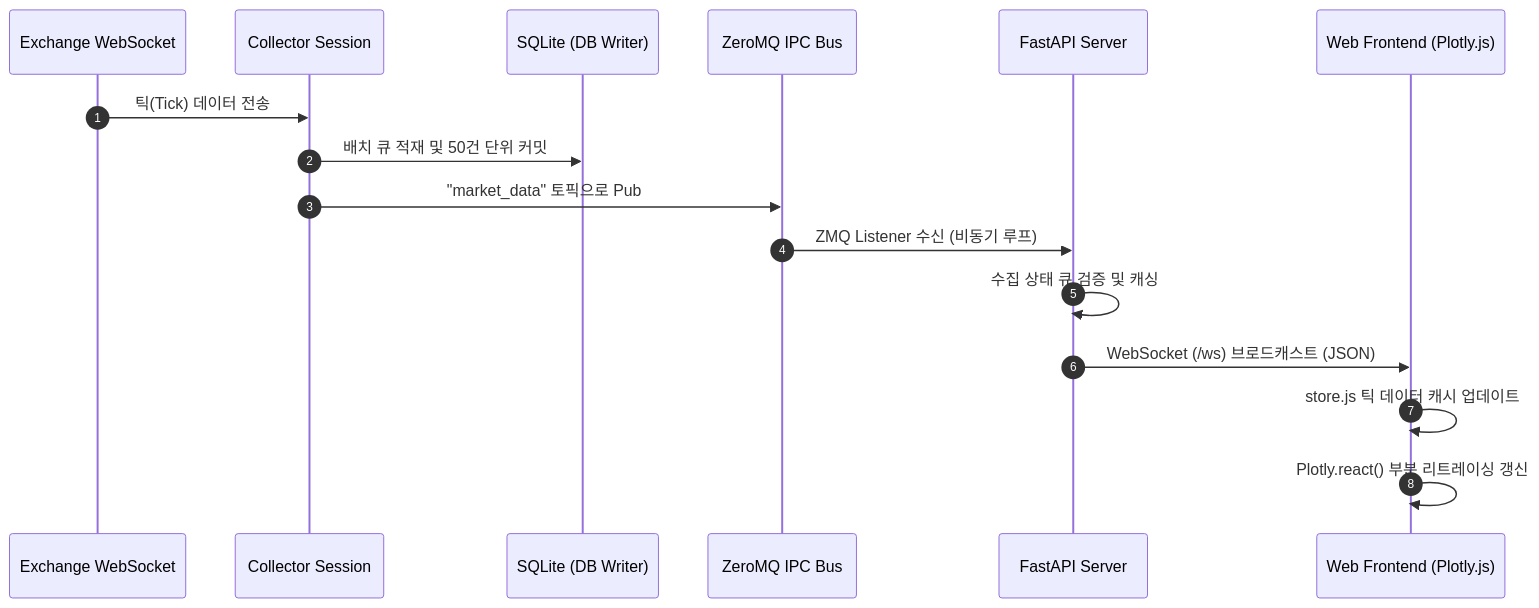
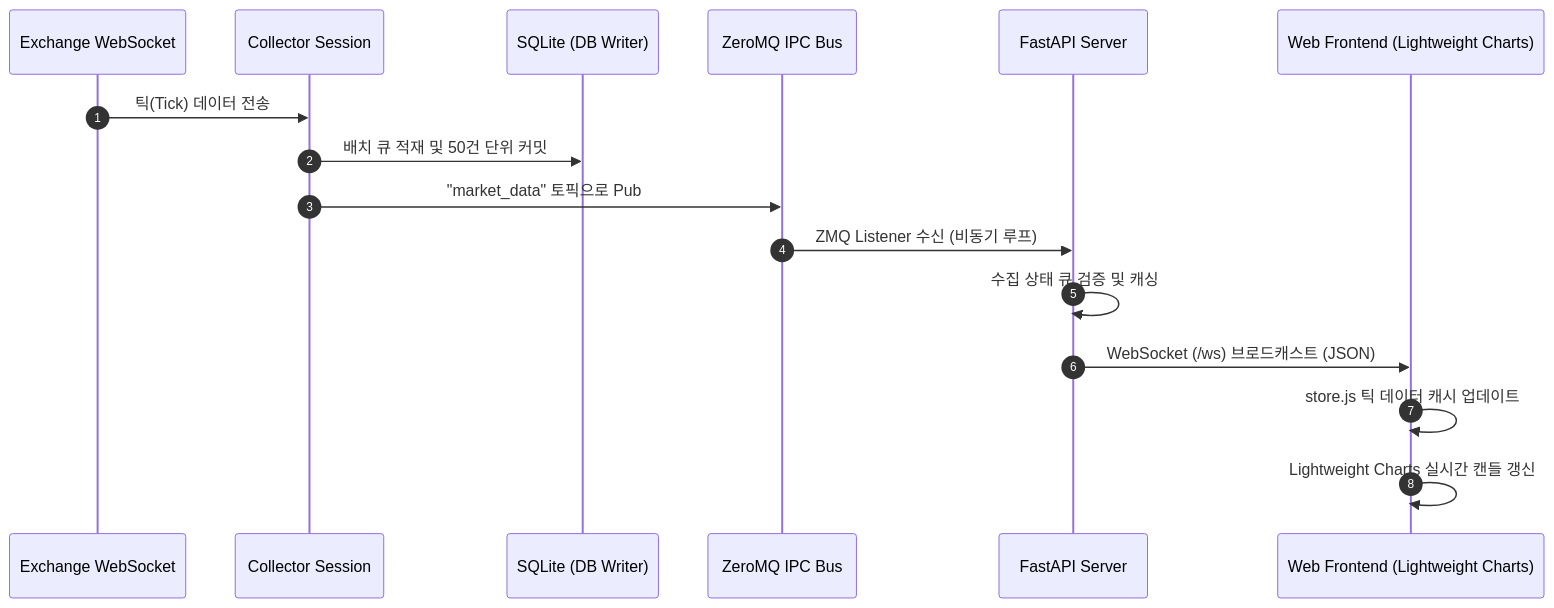
One commit to yslsoft-ui/ATS changed the second of 3 diagrams in docs/architecture.md. Above: the diagram before and after it, drawn with Mermaid. The commit also changed other lines of this file and 15 other files, not shown here.

````diff
--- a/docs/architecture.md
+++ b/docs/architecture.md
@@ -92,19 +92,19 @@
 ```mermaid
 sequenceDiagram
     autonumber
     participant Exchange as Exchange WebSocket
     participant Collector as Collector Session
     participant DB as SQLite (DB Writer)
     participant ZMQ as ZeroMQ IPC Bus
     participant Backend as FastAPI Server
-    participant UI as Web Frontend (Plotly.js)
+    participant UI as Web Frontend (Lightweight Charts)
 
     Exchange->>Collector: 틱(Tick) 데이터 전송
     Collector->>DB: 배치 큐 적재 및 50건 단위 커밋
     Collector->>ZMQ: "market_data" 토픽으로 Pub
     ZMQ->>Backend: ZMQ Listener 수신 (비동기 루프)
     Backend->>Backend: 수집 상태 큐 검증 및 캐싱
     Backend->>UI: WebSocket (/ws) 브로드캐스트 (JSON)
     UI->>UI: store.js 틱 데이터 캐시 업데이트
-    UI->>UI: Plotly.react() 부분 리트레이싱 갱신
+    UI->>UI: Lightweight Charts 실시간 캔들 갱신
 ```
````
